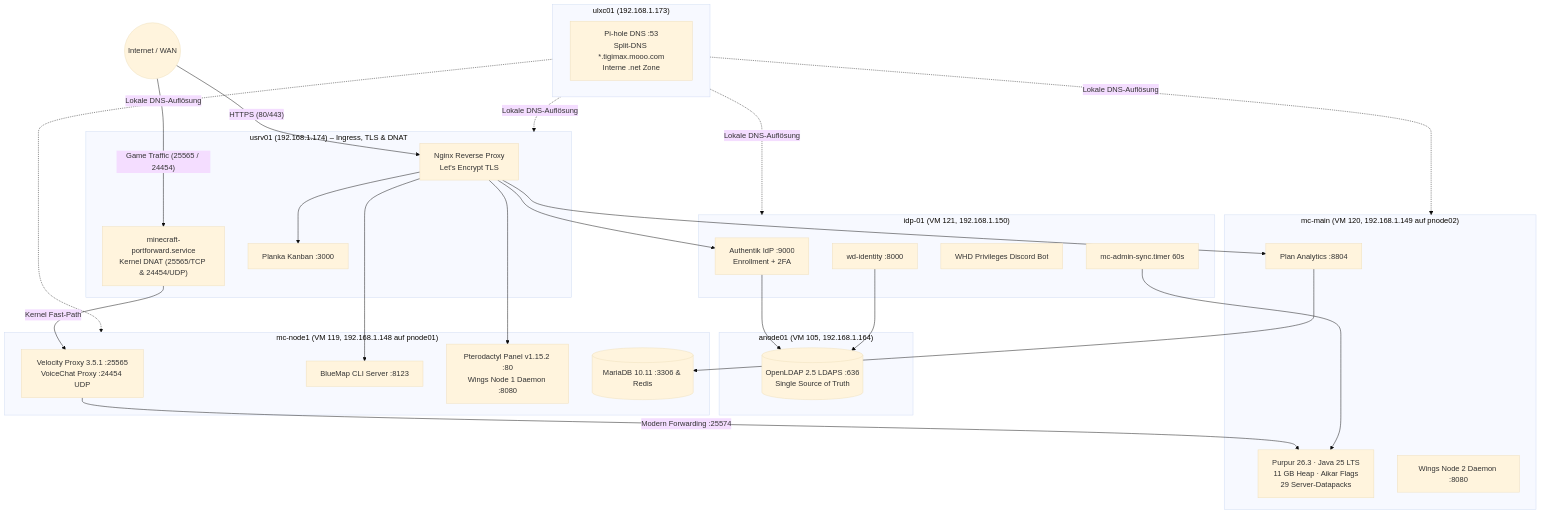
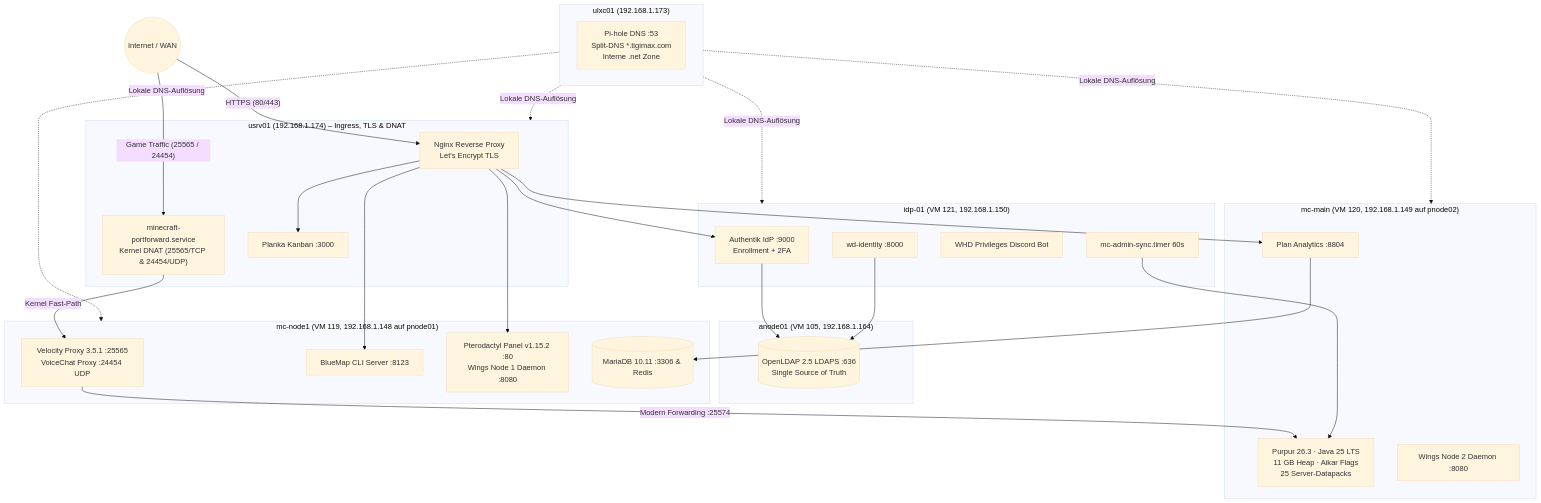
Before and after one commit to Tigimax/minecraft-weihnachtsdorf-team: the first of 2 diagrams in README.md, drawn with Mermaid (base theme). The commit also changed other lines of this file and 55 other files, not shown here.

Commit message:
feat(domain): migrate primary URLs to tigimax.com while keeping mooo.com aliases

````diff
--- a/README.md
+++ b/README.md
@@ -38,49 +38,49 @@
 ```mermaid
 flowchart TD
     WAN((Internet / WAN))
 
     subgraph ingress["usrv01 (192.168.1.174) – Ingress, TLS & DNAT"]
         NGX[Nginx Reverse Proxy<br/>Let's Encrypt TLS]
         DNAT["minecraft-portforward.service<br/>Kernel DNAT (25565/TCP & 24454/UDP)"]
         PLANKA[Planka Kanban :3000]
     end
 
     subgraph dns["ulxc01 (192.168.1.173)"]
-        PIHOLE[Pi-hole DNS :53<br/>Split-DNS *.tigimax.mooo.com<br/>Interne .net Zone]
+        PIHOLE[Pi-hole DNS :53<br/>Split-DNS *.tigimax.com<br/>Interne .net Zone]
     end
 
     subgraph idp["idp-01 (VM 121, 192.168.1.150)"]
         AK[Authentik IdP :9000<br/>Enrollment + 2FA]
         WDI[wd-identity :8000]
         BOT[WHD Privileges Discord Bot]
         SYNC[mc-admin-sync.timer 60s]
     end
 
     subgraph ldap["anode01 (VM 105, 192.168.1.164)"]
         OL[(OpenLDAP 2.5 LDAPS :636<br/>Single Source of Truth)]
     end
 
     subgraph node1["mc-node1 (VM 119, 192.168.1.148 auf pnode01)"]
         VEL[Velocity Proxy 3.5.1 :25565<br/>VoiceChat Proxy :24454 UDP]
         BM[BlueMap CLI Server :8123]
         PTERO[Pterodactyl Panel v1.15.2 :80<br/>Wings Node 1 Daemon :8080]
         MDB[(MariaDB 10.11 :3306 & Redis)]
     end
 
     subgraph main["mc-main (VM 120, 192.168.1.149 auf pnode02)"]
-        PUR[Purpur 26.3 · Java 25 LTS<br/>11 GB Heap · Aikar Flags<br/>29 Server-Datapacks]
+        PUR[Purpur 26.3 · Java 25 LTS<br/>11 GB Heap · Aikar Flags<br/>25 Server-Datapacks]
         PLAN[Plan Analytics :8804]
         WINGS2[Wings Node 2 Daemon :8080]
     end
 
     WAN -- "HTTPS (80/443)" --> NGX
     WAN -- "Game Traffic (25565 / 24454)" --> DNAT
     DNAT -- "Kernel Fast-Path" --> VEL
     NGX --> AK & PLANKA & BM & PTERO & PLAN
     AK --> OL
     WDI --> OL
     VEL -- "Modern Forwarding :25574" --> PUR
     SYNC --> PUR
     PLAN --> MDB
     dns -. "Lokale DNS-Auflösung" .-> ingress & node1 & main & idp
 ```
````
